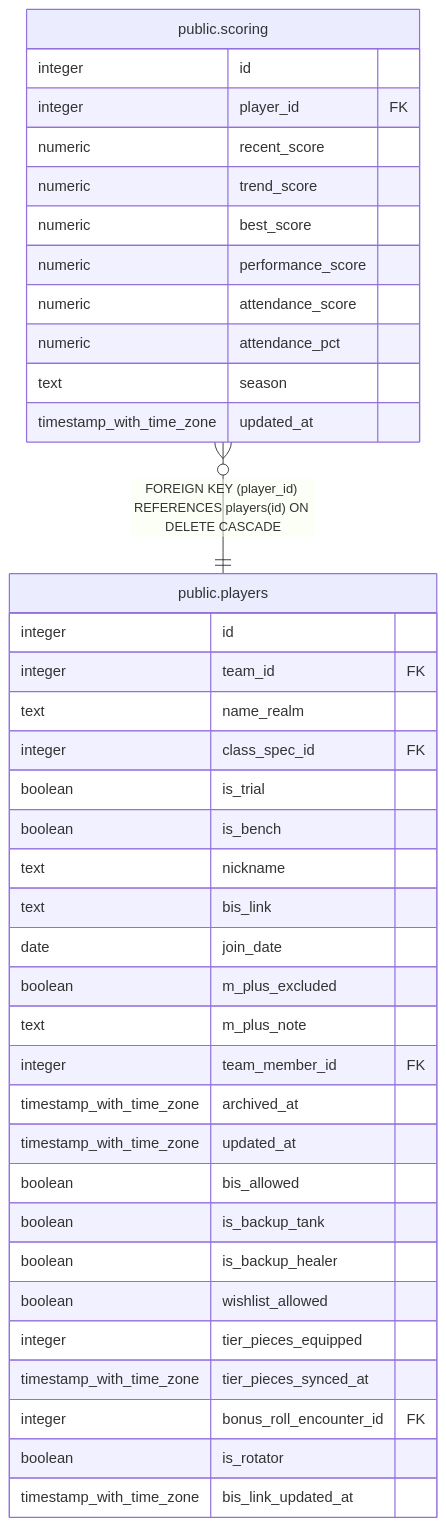
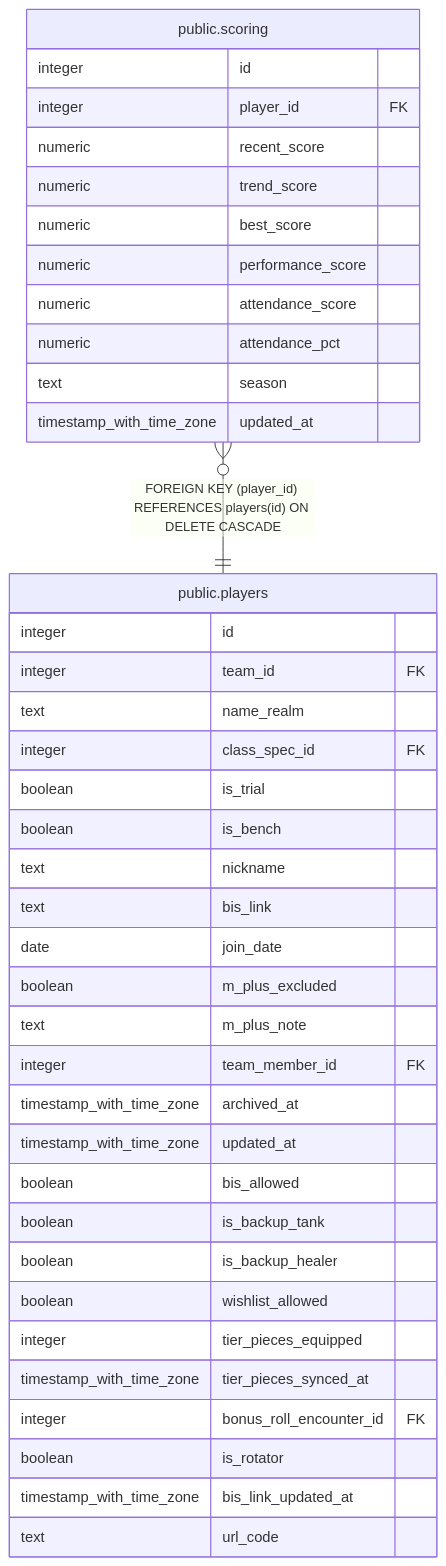
The diagram in dbdoc/public.scoring.md (katogaming88/WGA-Raid-Hub), drawn with Mermaid before and after one commit. The commit also changed 62 other files, not shown here.

````diff
--- a/dbdoc/public.scoring.md
+++ b/dbdoc/public.scoring.md
@@ -41,43 +41,44 @@
 ```mermaid
 erDiagram
 
 "public.scoring" }o--|| "public.players" : "FOREIGN KEY (player_id) REFERENCES players(id) ON DELETE CASCADE"
 
 "public.scoring" {
   integer id
   integer player_id FK
   numeric recent_score
   numeric trend_score
   numeric best_score
   numeric performance_score
   numeric attendance_score
   numeric attendance_pct
   text season
   timestamp_with_time_zone updated_at
 }
 "public.players" {
   integer id
   integer team_id FK
   text name_realm
   integer class_spec_id FK
   boolean is_trial
   boolean is_bench
   text nickname
   text bis_link
   date join_date
   boolean m_plus_excluded
   text m_plus_note
   integer team_member_id FK
   timestamp_with_time_zone archived_at
   timestamp_with_time_zone updated_at
   boolean bis_allowed
   boolean is_backup_tank
   boolean is_backup_healer
   boolean wishlist_allowed
   integer tier_pieces_equipped
   timestamp_with_time_zone tier_pieces_synced_at
   integer bonus_roll_encounter_id FK
   boolean is_rotator
   timestamp_with_time_zone bis_link_updated_at
+  text url_code
 }
 ```
````
